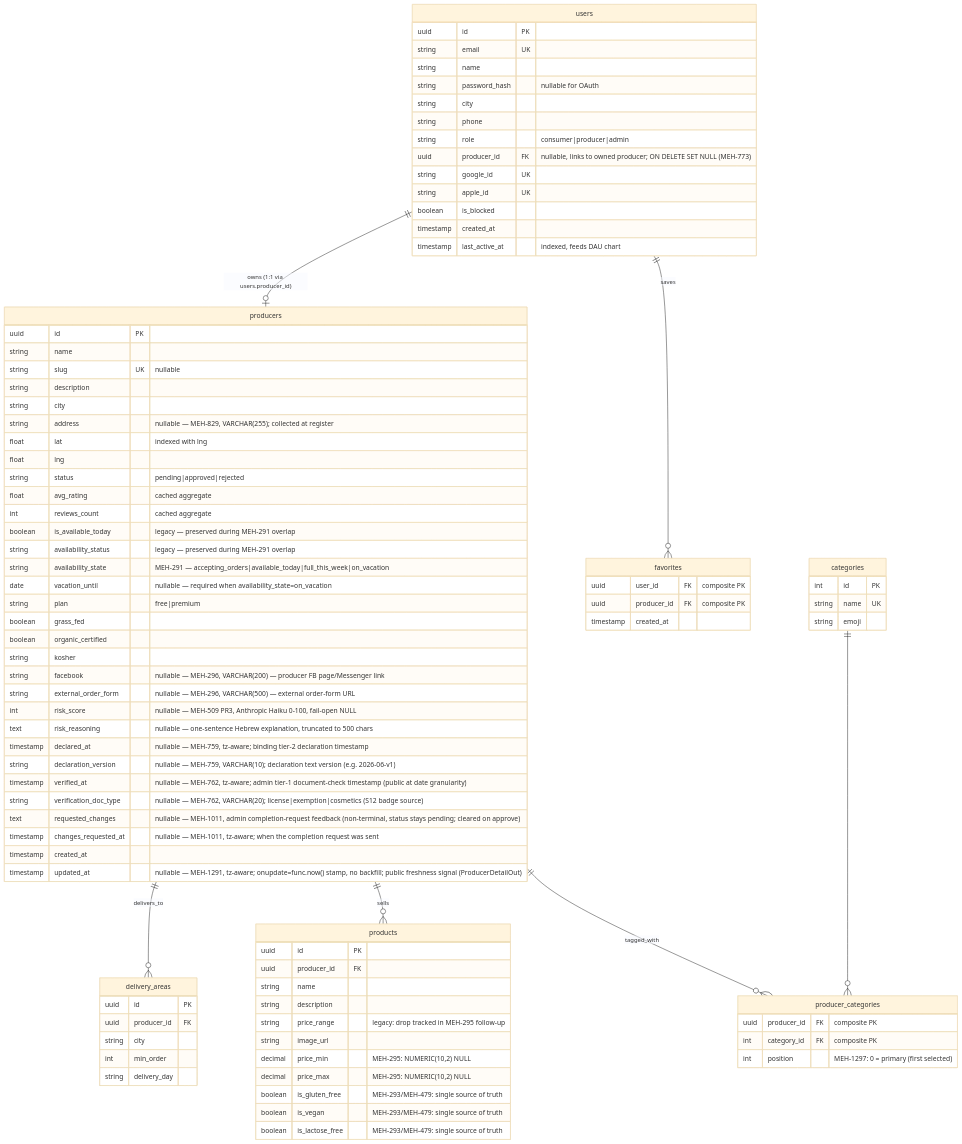
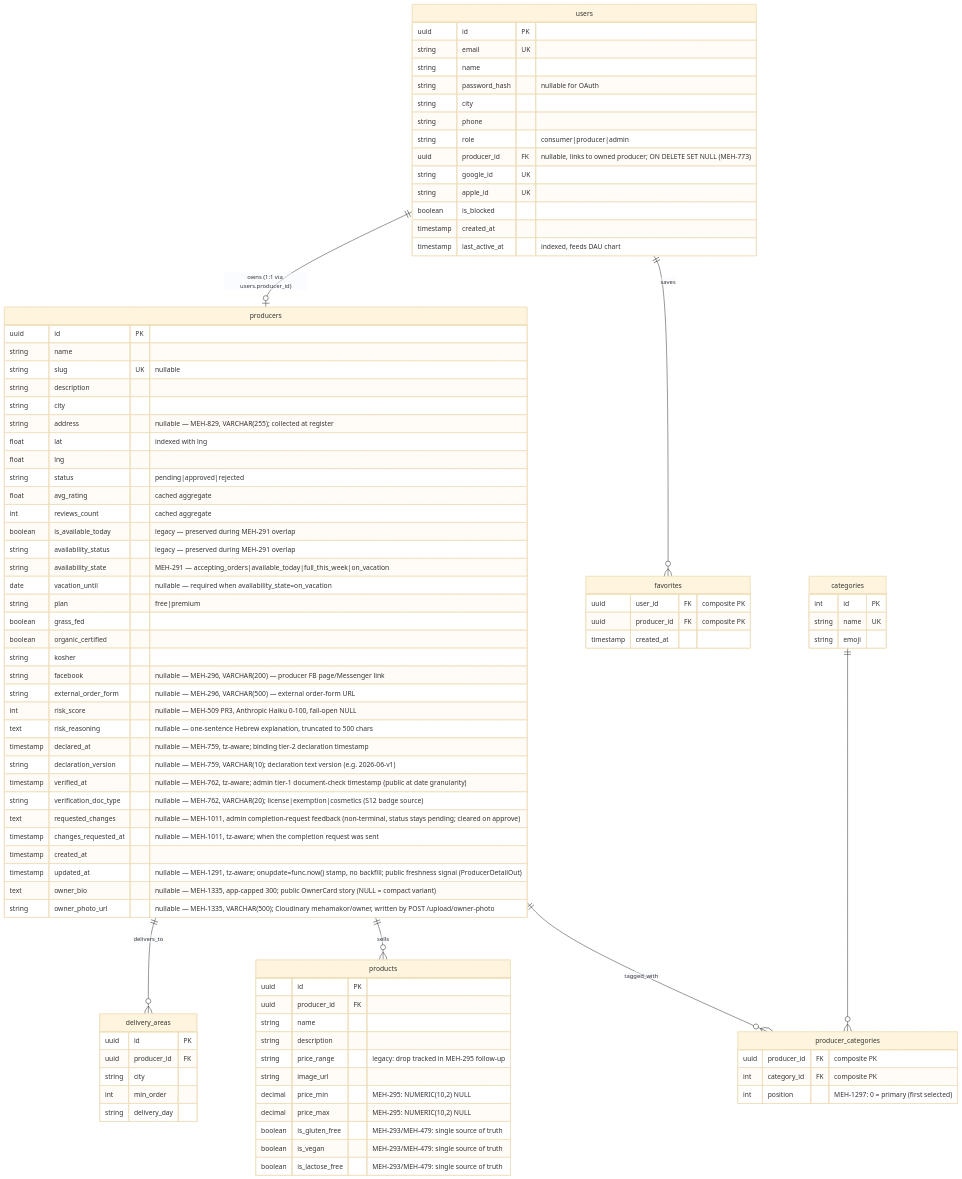
Before and after one commit to levismadar80-ship-it/FoodMamkor: the first of 4 diagrams in .ai/diagrams/db-schema.md, drawn with Mermaid (base theme). The commit also changed 11 other files, not shown here.

First line of the commit message:
feat(api): MEH-1335 chunks 1+2 support — owner story fields backend

```diff
--- a/.ai/diagrams/db-schema.md
+++ b/.ai/diagrams/db-schema.md
@@ -69,6 +69,8 @@
         timestamp changes_requested_at "nullable — MEH-1011, tz-aware; when the completion request was sent"
         timestamp created_at
         timestamp updated_at "nullable — MEH-1291, tz-aware; onupdate=func.now() stamp, no backfill; public freshness signal (ProducerDetailOut)"
+        text owner_bio "nullable — MEH-1335, app-capped 300; public OwnerCard story (NULL = compact variant)"
+        string owner_photo_url "nullable — MEH-1335, VARCHAR(500); Cloudinary mehamakor/owner, written by POST /upload/owner-photo"
     }
 
     categories {
```
